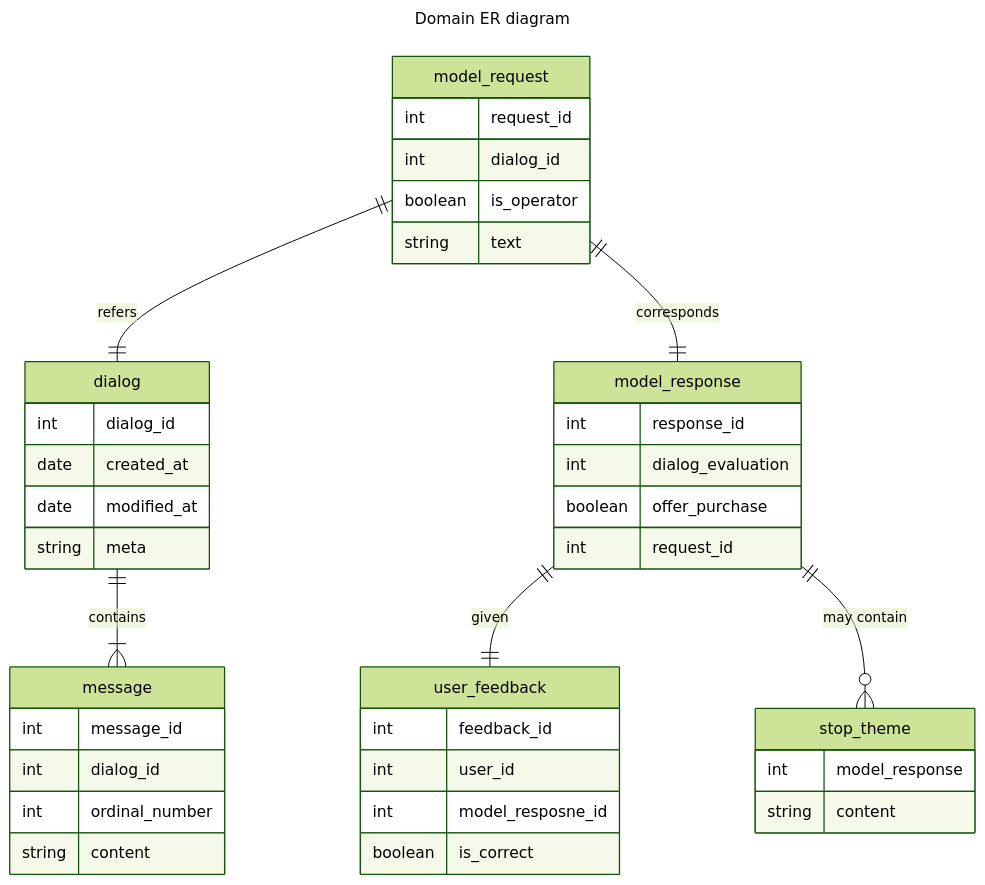
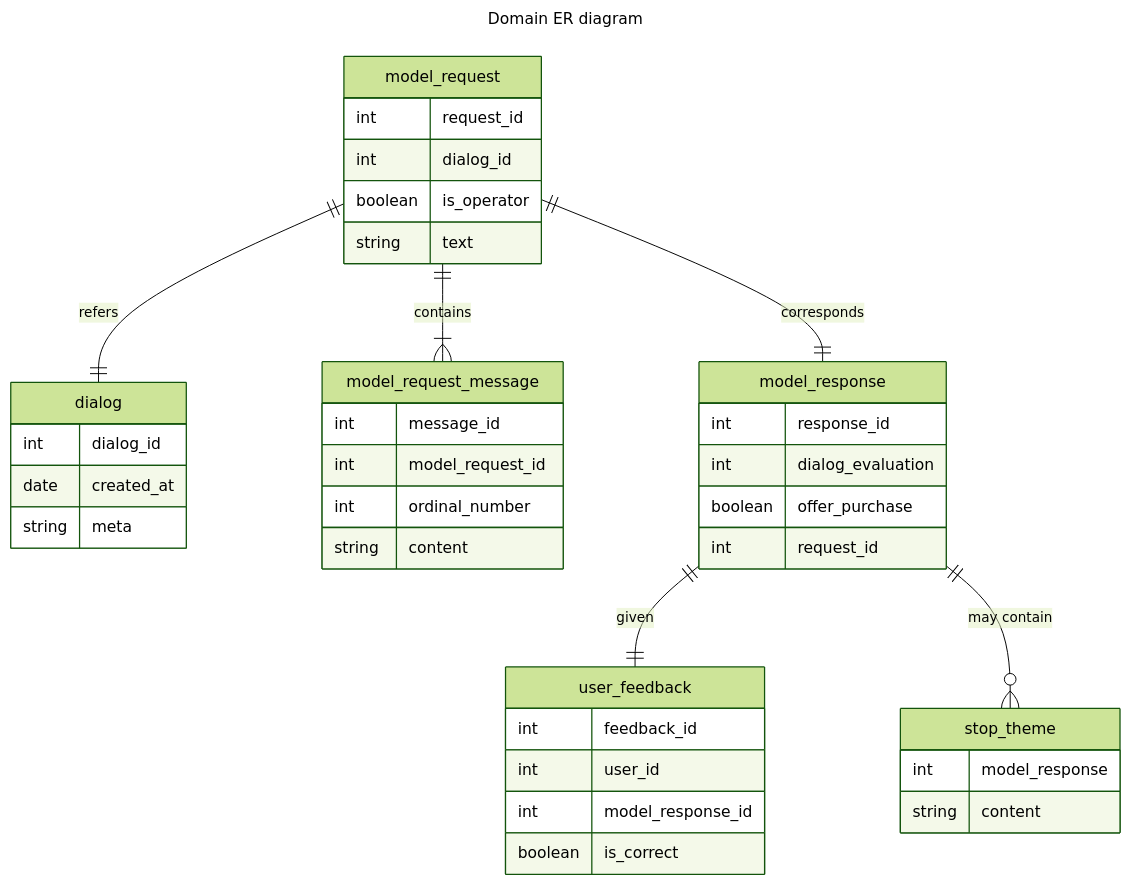
The second of 2 diagrams in README.md (banzai-team/marketing_bot), drawn with Mermaid (forest theme) before and after one commit. The commit also changed 5 other files, not shown here.

````diff
--- a/README.md
+++ b/README.md
@@ -55,52 +55,51 @@
 ```mermaid
 ---
 title: Domain ER diagram 
 ---
 erDiagram
 
 dialog {
     int dialog_id
     date created_at
-    date modified_at
     string meta
 }
 
-message {
+model_request_message {
     int message_id
-    int dialog_id
+    int model_request_id
     int ordinal_number
     string content
 }
 
 user_feedback {
     int feedback_id
     int user_id
-    int model_resposne_id
+    int model_response_id
     boolean is_correct
 }
 
 model_request {
     int request_id
     int dialog_id
     boolean is_operator
     string text
 }
 
 model_response {
     int response_id
     int dialog_evaluation
     boolean offer_purchase
     int request_id
 }
 
 stop_theme {
     int model_response
     string content
 }
 
-dialog ||--|{ message: contains
+model_request ||--|{ model_request_message: contains
 model_response ||--|| user_feedback: given
 model_request ||--|| dialog: refers
 model_request ||--|| model_response: corresponds
 model_response ||--o{ stop_theme: "may contain"
 ```
````
